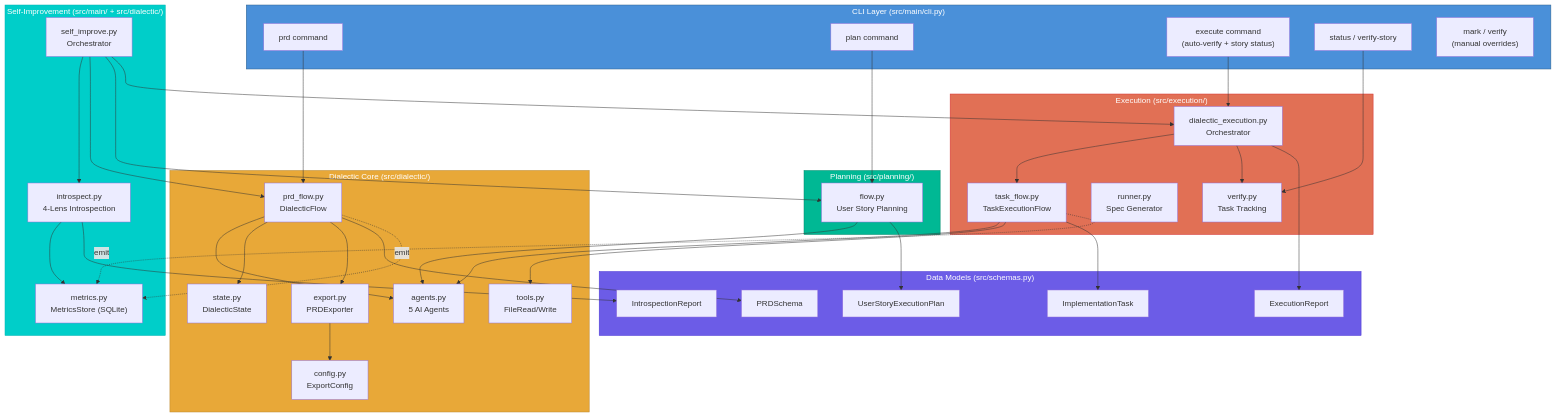
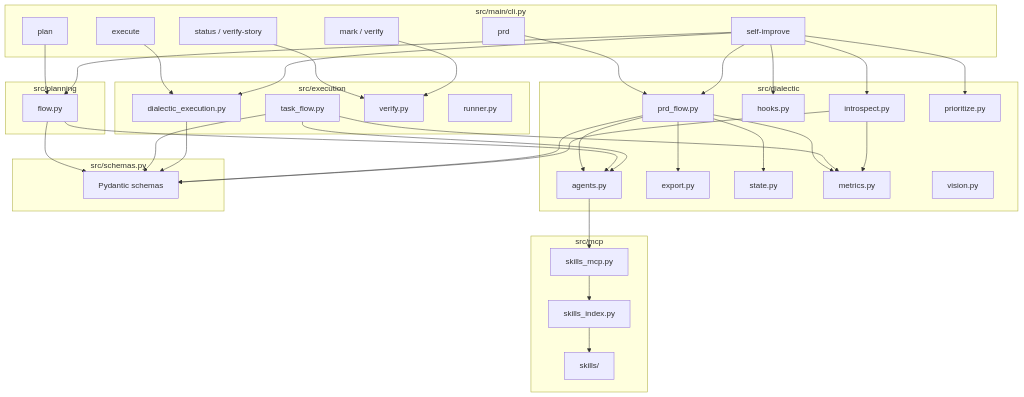
One commit to darthlinuxer/dialectic-crew-ai changed the first of 2 diagrams in docs/architecture.md. Above: the diagram before and after it, drawn with Mermaid. The commit also changed other lines of this file and 7 other files, not shown here.

````diff
--- a/docs/architecture.md
+++ b/docs/architecture.md
@@ -9,80 +7,75 @@
 ```mermaid
 graph TB
-    subgraph CLI["CLI Layer (src/main/cli.py)"]
-        CMD_PRD["prd command"]
-        CMD_PLAN["plan command"]
-        CMD_EXEC["execute command<br/>(auto-verify + story status)"]
-        CMD_STATUS["status / verify-story"]
-        CMD_OVERRIDES["mark / verify<br/>(manual overrides)"]
+    subgraph CLI[src/main/cli.py]
+        PRD[prd]
+        PLAN[plan]
+        EXEC[execute]
+        STATUS[status / verify-story]
+        MANUAL[mark / verify]
+        SELF[self-improve]
     end
 
-    subgraph Core["Dialectic Core (src/dialectic/)"]
-        AGENTS["agents.py<br/>5 AI Agents"]
-        PRD_FLOW["prd_flow.py<br/>DialecticFlow"]
-        STATE["state.py<br/>DialecticState"]
-        EXPORT["export.py<br/>PRDExporter"]
-        CONFIG["config.py<br/>ExportConfig"]
-        TOOLS["tools.py<br/>FileRead/Write"]
+    subgraph Core[src/dialectic]
+        AGENTS[agents.py]
+        PRDFLOW[prd_flow.py]
+        EXPORT[export.py]
+        STATE[state.py]
+        HOOKS[hooks.py]
+        METRICS[metrics.py]
+        INTRO[introspect.py]
+        PRIOR[prioritize.py]
+        VISION[vision.py]
     end
 
-    subgraph Planning["Planning (src/planning/)"]
-        PLAN_FLOW["flow.py<br/>User Story Planning"]
+    subgraph Planning[src/planning]
+        PFLOW[flow.py]
     end
 
-    subgraph Execution["Execution (src/execution/)"]
-        DIAL_EXEC["dialectic_execution.py<br/>Orchestrator"]
-        TASK_FLOW["task_flow.py<br/>TaskExecutionFlow"]
-        RUNNER["runner.py<br/>Spec Generator"]
-        VERIFY["verify.py<br/>Task Tracking"]
+    subgraph Execution[src/execution]
+        ORCH[dialectic_execution.py]
+        TFLOW[task_flow.py]
+        VERIFY[verify.py]
+        RUNNER[runner.py]
     end
 
-    subgraph SelfImprove["Self-Improvement (src/main/ + src/dialectic/)"]
-        SELF_IMPROVE["self_improve.py<br/>Orchestrator"]
-        METRICS["metrics.py<br/>MetricsStore (SQLite)"]
-        INTROSPECT["introspect.py<br/>4-Lens Introspection"]
+    subgraph MCP[src/mcp]
+        SKIDX[skills_index.py]
+        SKMCP[skills_mcp.py]
+        SKILLS[skills/]
     end
 
-    subgraph Schemas["Data Models (src/schemas.py)"]
-        PRD_S["PRDSchema"]
-        PLAN_S["UserStoryExecutionPlan"]
-        TASK_S["ImplementationTask"]
-        EXEC_S["ExecutionReport"]
-        INTRO_S["IntrospectionReport"]
+    subgraph Models[src/schemas.py]
+        SCHEMAS[Pydantic schemas]
     end
 
-    CMD_PRD --> PRD_FLOW
-    CMD_PLAN --> PLAN_FLOW
-    CMD_EXEC --> DIAL_EXEC
-    CMD_STATUS --> VERIFY
+    PRD --> PRDFLOW
+    PLAN --> PFLOW
+    EXEC --> ORCH
+    STATUS --> VERIFY
+    MANUAL --> VERIFY
+    SELF --> INTRO
+    SELF --> PRIOR
+    SELF --> PRDFLOW
+    SELF --> PFLOW
+    SELF --> ORCH
 
-    PRD_FLOW --> AGENTS
-    PRD_FLOW --> STATE
-    PRD_FLOW --> EXPORT
-    PLAN_FLOW --> AGENTS
-    DIAL_EXEC --> TASK_FLOW
-    TASK_FLOW --> AGENTS
-    TASK_FLOW --> TOOLS
-    DIAL_EXEC --> VERIFY
+    PRDFLOW --> AGENTS
+    PFLOW --> AGENTS
+    TFLOW --> AGENTS
+    AGENTS --> SKMCP
+    SKMCP --> SKIDX
+    SKIDX --> SKILLS
 
-    EXPORT --> CONFIG
-    PRD_FLOW --> PRD_S
-    PLAN_FLOW --> PLAN_S
-    TASK_FLOW --> TASK_S
-    DIAL_EXEC --> EXEC_S
+    PRDFLOW --> EXPORT
+    PRDFLOW --> STATE
+    PRDFLOW --> METRICS
+    TFLOW --> METRICS
+    INTRO --> METRICS
+    SELF --> HOOKS
 
-    SELF_IMPROVE --> INTROSPECT
-    SELF_IMPROVE --> PRD_FLOW
-    SELF_IMPROVE --> PLAN_FLOW
-    SELF_IMPROVE --> DIAL_EXEC
-    INTROSPECT --> METRICS
-    INTROSPECT --> INTRO_S
-    PRD_FLOW -.->|"emit"| METRICS
-    TASK_FLOW -.->|"emit"| METRICS
-
-    style CLI fill:#4A90D9,stroke:#2C5F8A,color:#fff
-    style Core fill:#E8A838,stroke:#B8862D,color:#fff
-    style Planning fill:#00B894,stroke:#00896B,color:#fff
-    style Execution fill:#E17055,stroke:#D63031,color:#fff
-    style SelfImprove fill:#00CEC9,stroke:#00B4B4,color:#fff
-    style Schemas fill:#6C5CE7,stroke:#4834D4,color:#fff
+    PRDFLOW --> SCHEMAS
+    PFLOW --> SCHEMAS
+    TFLOW --> SCHEMAS
+    ORCH --> SCHEMAS
+    INTRO --> SCHEMAS
 ```
````
